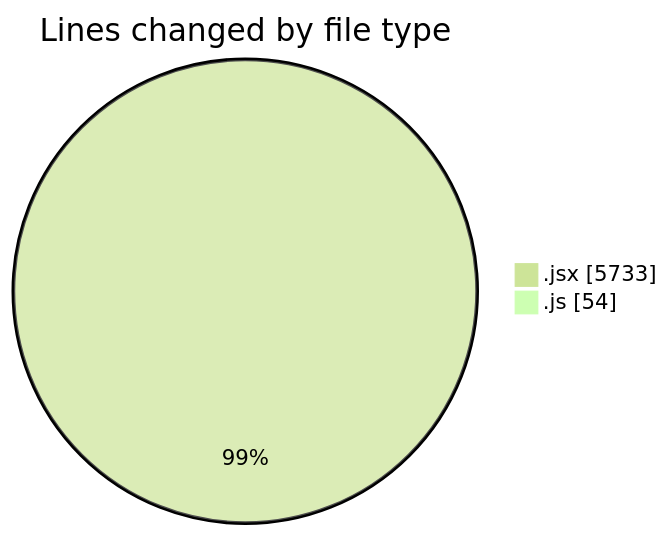
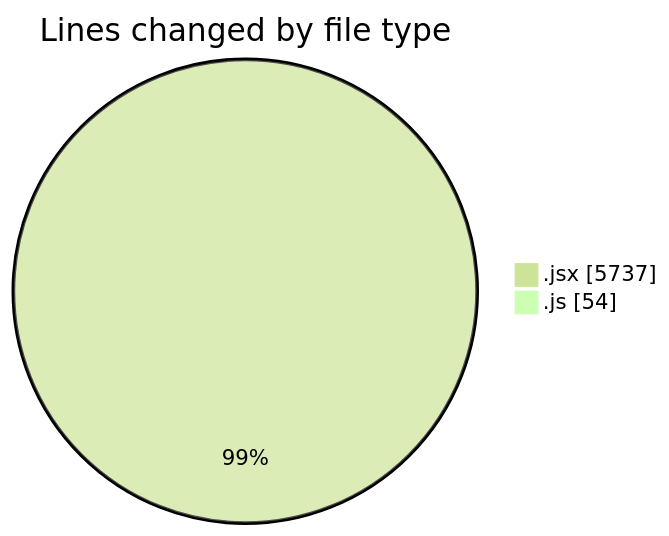
One commit to nxtqubesakshisongat/code-tracking changed the first of 2 diagrams in 2025-06-25/nxtqube_webapp/README.md. Above: the diagram before and after it, drawn with Mermaid (forest theme). The commit also changed other lines of this file and 1 other file, not shown here.

````diff
--- a/2025-06-25/nxtqube_webapp/README.md
+++ b/2025-06-25/nxtqube_webapp/README.md
@@ -24,6 +24,6 @@
 ```mermaid
 pie showData
 title Lines changed by file type
-".jsx" : 5733
+".jsx" : 5737
 ".js" : 54
 ```
````
